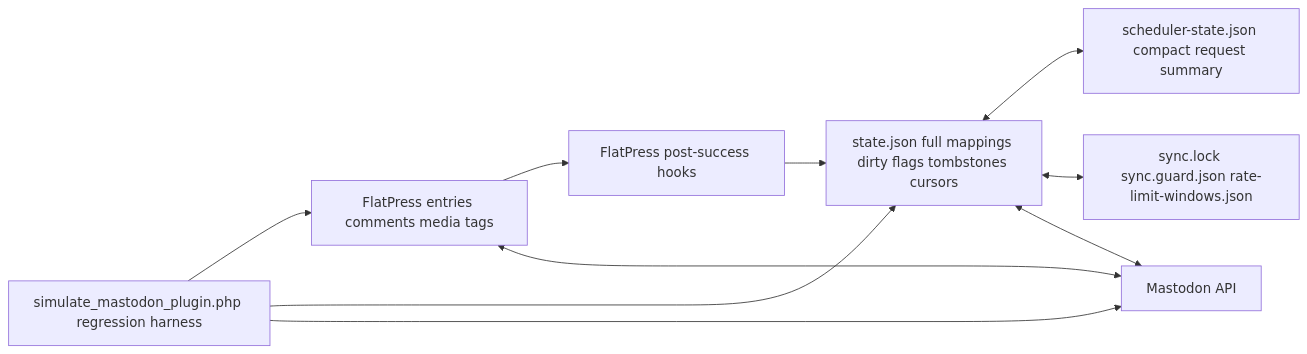
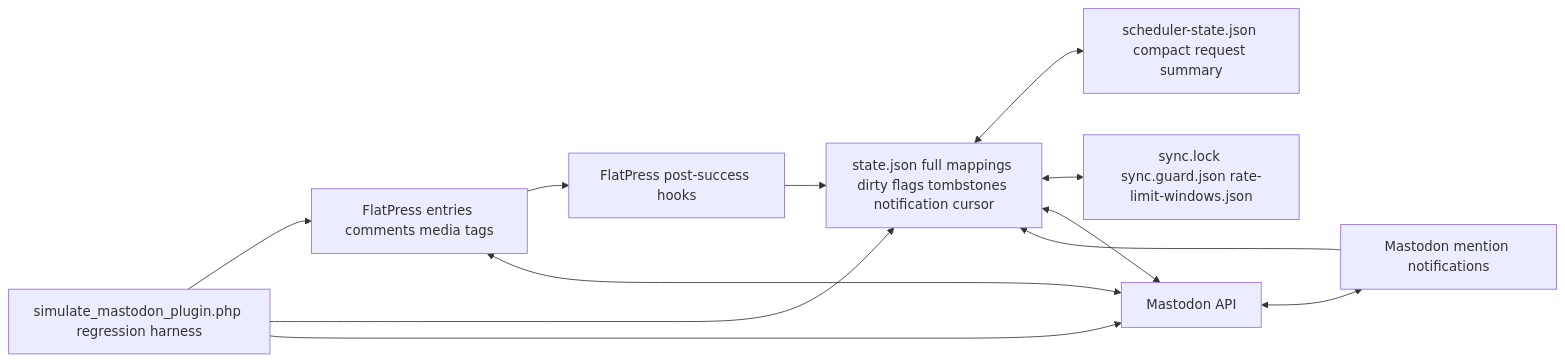
One commit to flatpressblog/flatpress changed the diagram in fp-plugins/mastodon/developer-docs/00-Mental-Model.md. Above: the diagram before and after it, drawn with Mermaid. The commit also changed other lines of this file and 25 other files, not shown here.

````diff
--- a/fp-plugins/mastodon/developer-docs/00-Mental-Model.md
+++ b/fp-plugins/mastodon/developer-docs/00-Mental-Model.md
@@ -21,20 +21,23 @@
 ```mermaid
 flowchart LR
     FP[FlatPress entries comments media tags]
     Hooks[FlatPress post-success hooks]
-    State[state.json full mappings dirty flags tombstones cursors]
+    State[state.json full mappings dirty flags tombstones notification cursor]
     Scheduler[scheduler-state.json compact request summary]
     Guards[sync.lock sync.guard.json rate-limit-windows.json]
+    Notifications[Mastodon mention notifications]
     API[Mastodon API]
     Sim[simulate_mastodon_plugin.php regression harness]
 
     FP --> Hooks
     Hooks --> State
     State <--> Scheduler
     State <--> Guards
     State <--> API
+    API <--> Notifications
+    Notifications --> State
     API <--> FP
     Sim --> FP
     Sim --> State
     Sim --> API
 ```
````
